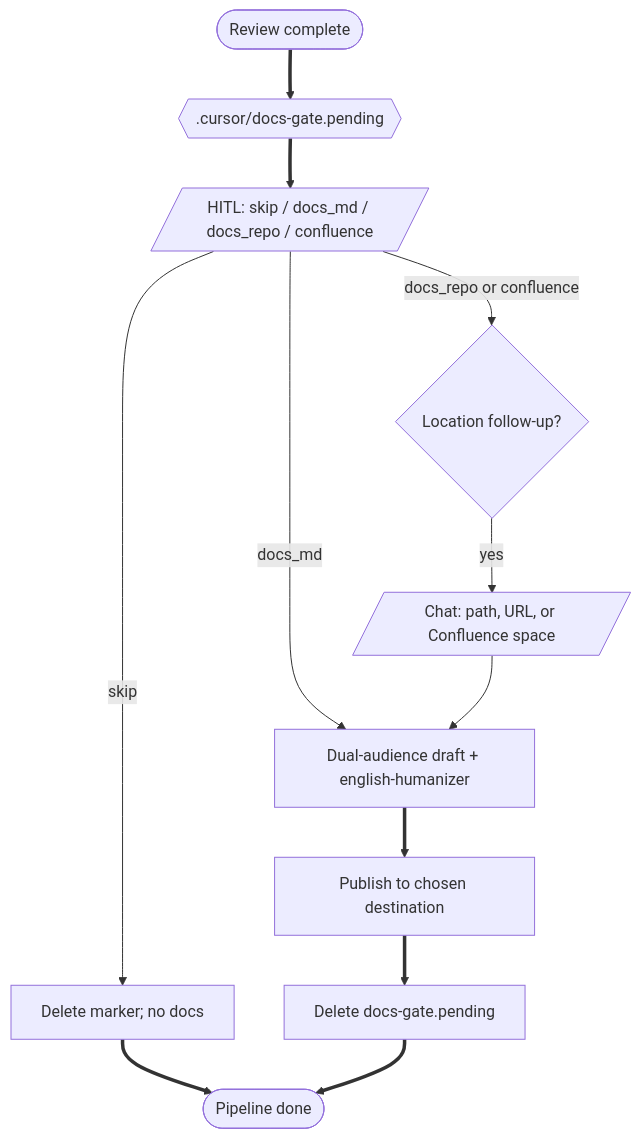
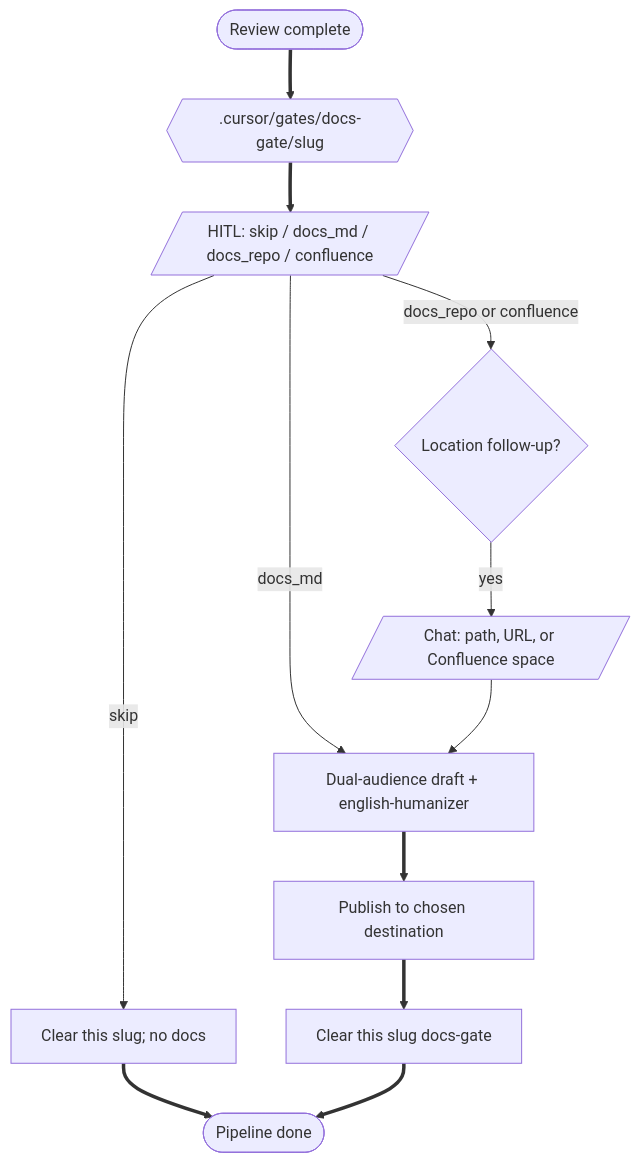
One commit to a-trembak/cursor-spells changed the sixth of 11 diagrams in docs/superpowers/pipeline-flow.md. Above: the diagram before and after it, drawn with Mermaid. The commit also changed other lines of this file and 3 other files, not shown here.

````diff
--- a/docs/superpowers/pipeline-flow.md
+++ b/docs/superpowers/pipeline-flow.md
@@ -238,25 +238,25 @@
 ```mermaid
 flowchart TD
   reviewDone(["Review complete"])
-  writeDocs{{".cursor/docs-gate.pending"}}
+  writeDocs{{".cursor/gates/docs-gate/slug"}}
   hitlDocs[/"HITL: skip / docs_md / docs_repo / confluence"/]
-  skipDocs["Delete marker; no docs"]
+  skipDocs["Clear this slug; no docs"]
   needLoc{Location follow-up?}
   waitLoc[/"Chat: path, URL, or Confluence space"/]
   draft["Dual-audience draft + english-humanizer"]
   publish["Publish to chosen destination"]
-  clearDocs["Delete docs-gate.pending"]
+  clearDocs["Clear this slug docs-gate"]
   doneDocs(["Pipeline done"])
 
   reviewDone ==> writeDocs
   writeDocs ==> hitlDocs
   hitlDocs -->|"skip"| skipDocs
   skipDocs ==> doneDocs
   hitlDocs -->|"docs_md"| draft
   hitlDocs -->|"docs_repo or confluence"| needLoc
   needLoc -->|"yes"| waitLoc
   waitLoc --> draft
   draft ==> publish
   publish ==> clearDocs
   clearDocs ==> doneDocs
 ```
````
